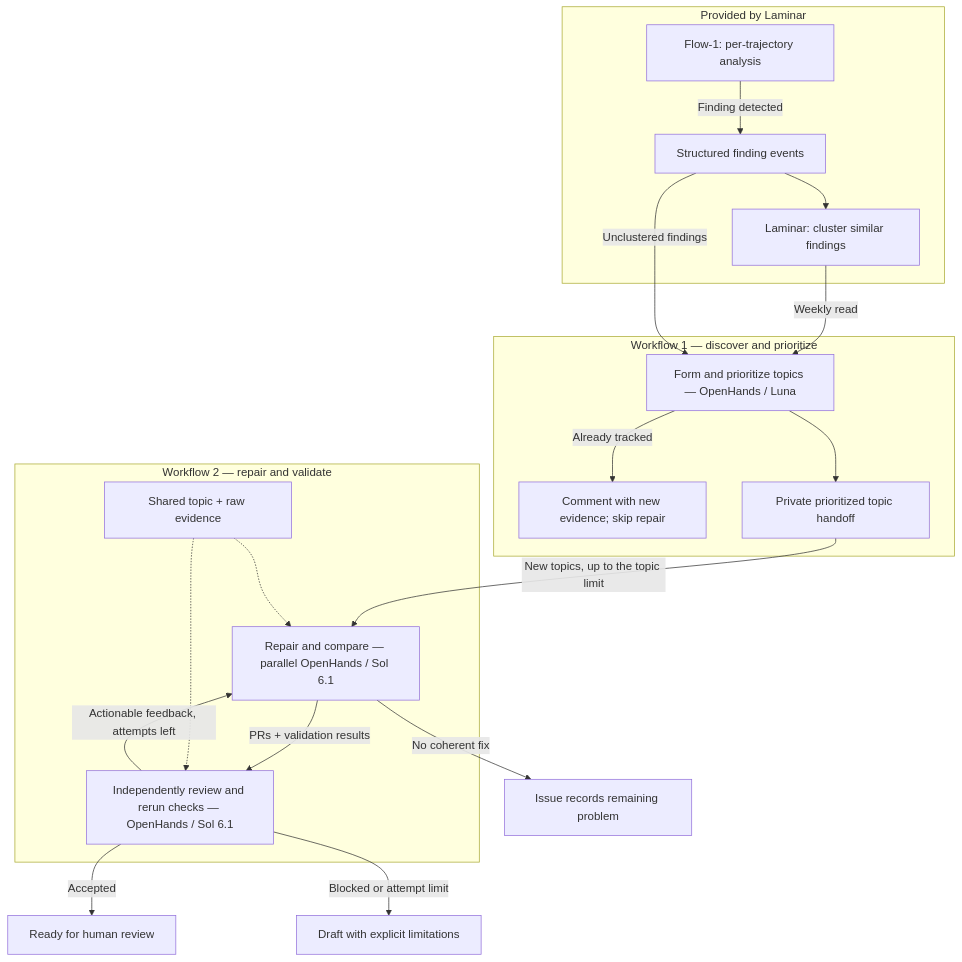
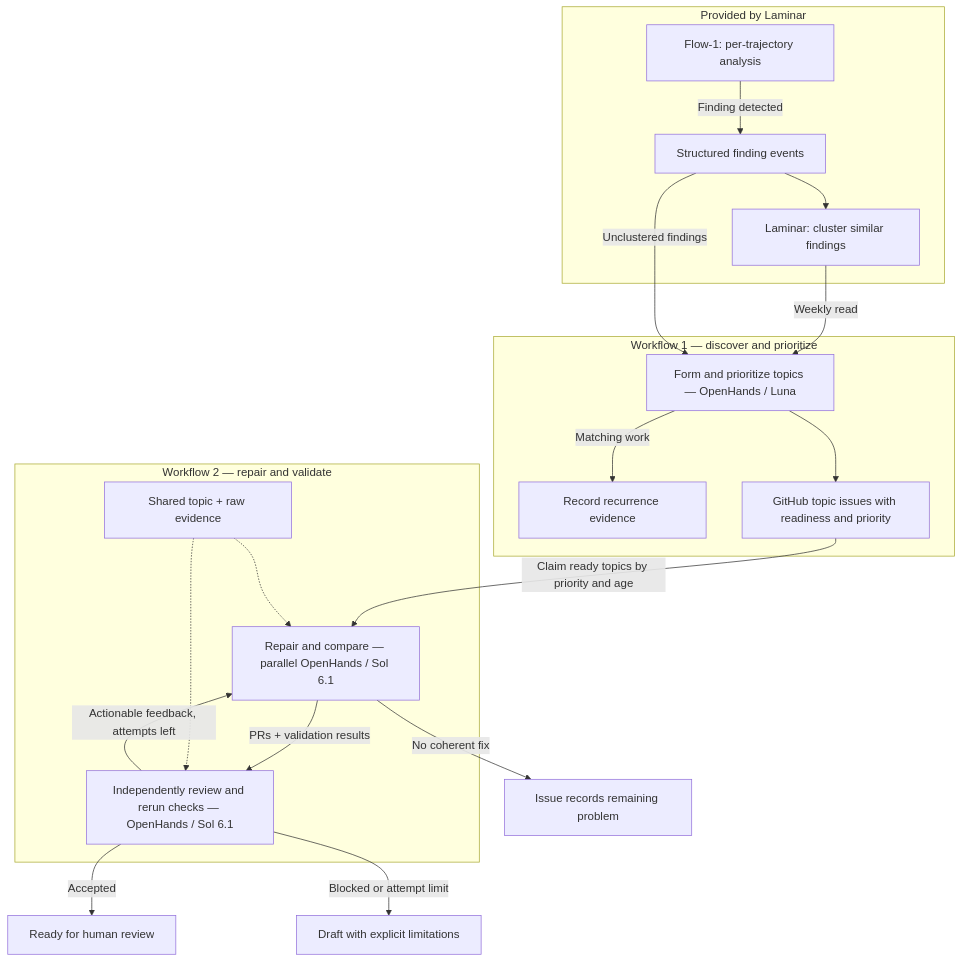
Before and after one commit to OpenHands/oss-agent-canvas: the second of 2 diagrams in automations/weekly-automation-improvement/HOW_IT_WORKS.md, drawn with Mermaid. The commit also changed other lines of this file and 13 other files, not shown here.

Commit message:
Publish prioritized GitHub topic issues from Laminar triage

````diff
--- a/automations/weekly-automation-improvement/HOW_IT_WORKS.md
+++ b/automations/weekly-automation-improvement/HOW_IT_WORKS.md
@@ -44,30 +44,30 @@
 ```mermaid
 flowchart TD
     subgraph laminar["Provided by Laminar"]
         flow["Flow-1: per-trajectory analysis"]
         events["Structured finding events"]
         clusters["Laminar: cluster similar findings"]
         flow -->|Finding detected| events
         events --> clusters
     end
     subgraph preparation["Workflow 1 — discover and prioritize"]
         triage["Form and prioritize topics — OpenHands / Luna"]
-        triage -->|Already tracked| recurrence["Comment with new evidence; skip repair"]
-        triage --> queue["Private prioritized topic handoff"]
+        triage -->|Matching work| recurrence["Record recurrence evidence"]
+        triage --> issues["GitHub topic issues with readiness and priority"]
     end
     subgraph repairs["Workflow 2 — repair and validate"]
         repair["Repair and compare — parallel OpenHands / Sol 6.1"]
         review["Independently review and rerun checks — OpenHands / Sol 6.1"]
         context["Shared topic + raw evidence"]
-        queue -->|New topics, up to the topic limit| repair
+        issues -->|Claim ready topics by priority and age| repair
         repair -->|PRs + validation results| review
         context -.-> repair
         context -.-> review
     end
     clusters -->|Weekly read| triage
     events -->|Unclustered findings| triage
     repair -->|No coherent fix| unresolved["Issue records remaining problem"]
     review -->|Actionable feedback, attempts left| repair
     review -->|Accepted| ready["Ready for human review"]
     review -->|Blocked or attempt limit| draft["Draft with explicit limitations"]
 ```
````
